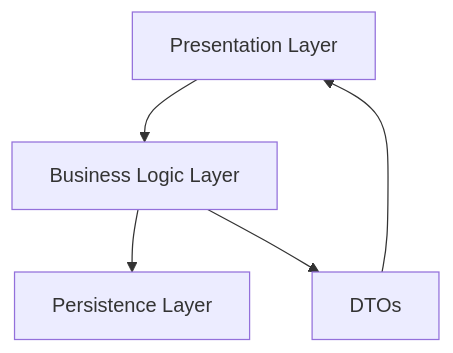
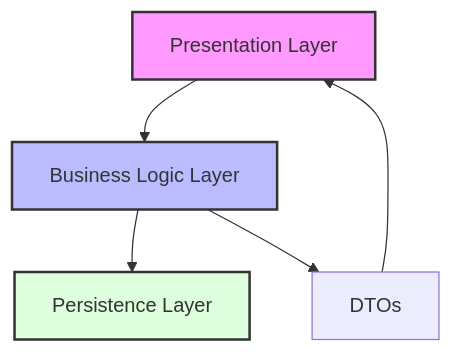
One commit to ouchin55edcx/ITlens changed the diagram in README.md. Above: the diagram before and after it, drawn with Mermaid.

Commit message:
file readme

````diff
--- a/README.md
+++ b/README.md
@@ -34,7 +34,10 @@
 ```mermaid
 graph TD
     A[Presentation Layer] --> B[Business Logic Layer]
     B --> C[Persistence Layer]
     D[DTOs] --> A
     B --> D
+    style A fill:#f9f,stroke:#333,stroke-width:2px
+    style B fill:#bbf,stroke:#333,stroke-width:2px
+    style C fill:#dfd,stroke:#333,stroke-width:2px
 ```
````
